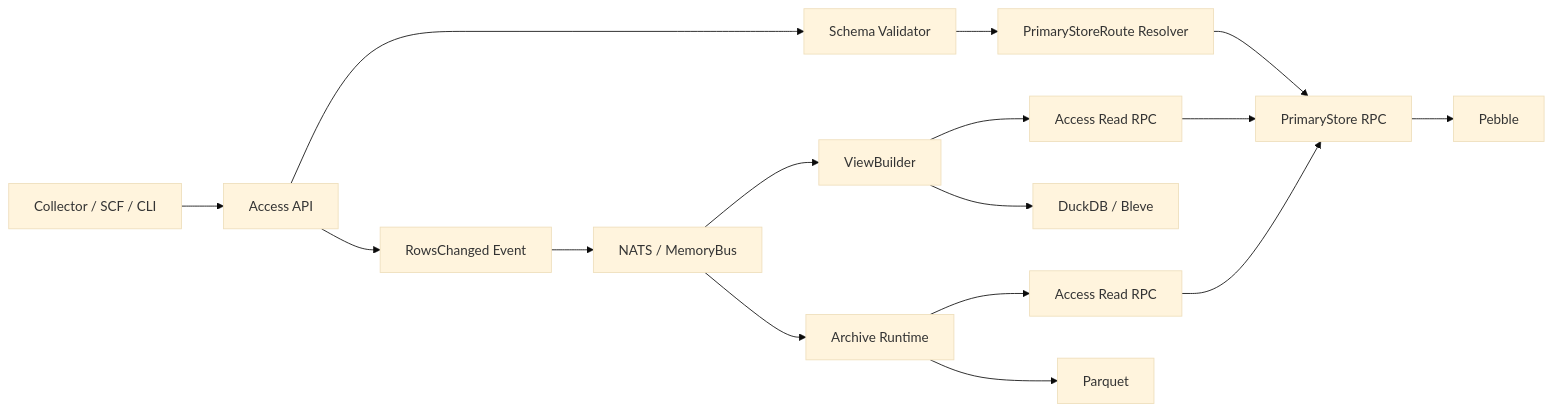
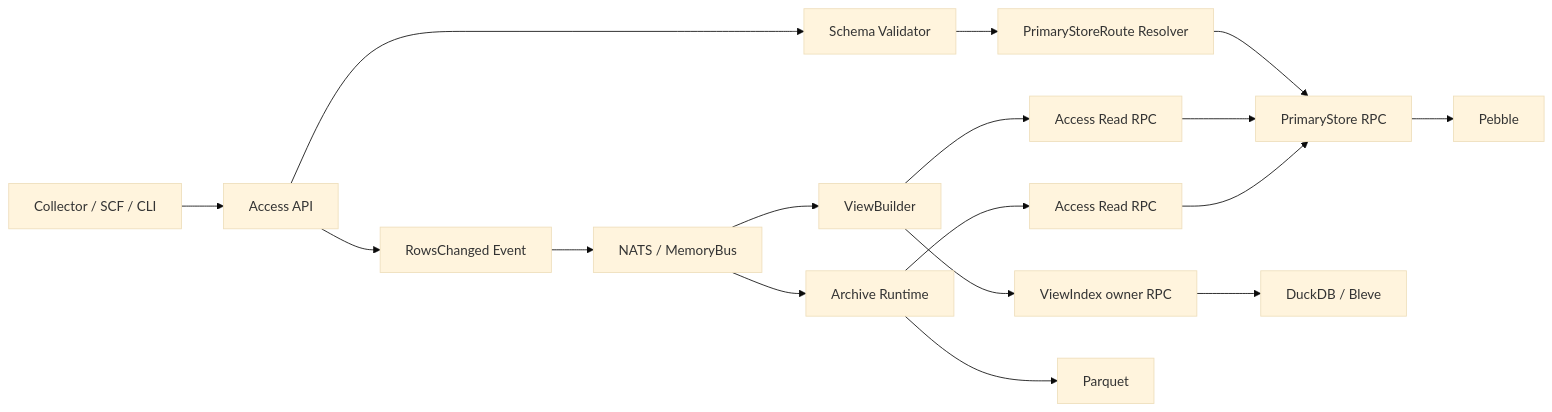
One commit to mooyang-code/moox changed the diagram in docs/存储服务架构与部署.md. Above: the diagram before and after it, drawn with Mermaid (base theme). The commit also changed other lines of this file and 147 other files, not shown here.

First line of the commit message:
feat(storage): complete dual-database view index switch

````diff
--- a/docs/存储服务架构与部署.md
+++ b/docs/存储服务架构与部署.md
@@ -58,18 +65,19 @@
 ```mermaid
 flowchart LR
     C["Collector / SCF / CLI"] --> A["Access API"]
     A --> V["Schema Validator"]
     V --> R["PrimaryStoreRoute Resolver"]
     R --> P["PrimaryStore RPC"]
     P --> PB["Pebble"]
     A --> E["RowsChanged Event"]
     E --> N["NATS / MemoryBus"]
     N --> VB["ViewBuilder"]
     N --> AR["Archive Runtime"]
     VB --> A2["Access Read RPC"]
     A2 --> P
-    VB --> D["DuckDB / Bleve"]
+    VB --> VI["ViewIndex owner RPC"]
+    VI --> D["DuckDB / Bleve"]
     AR --> A3["Access Read RPC"]
     A3 --> P
     AR --> PQ["Parquet"]
 ```
````
